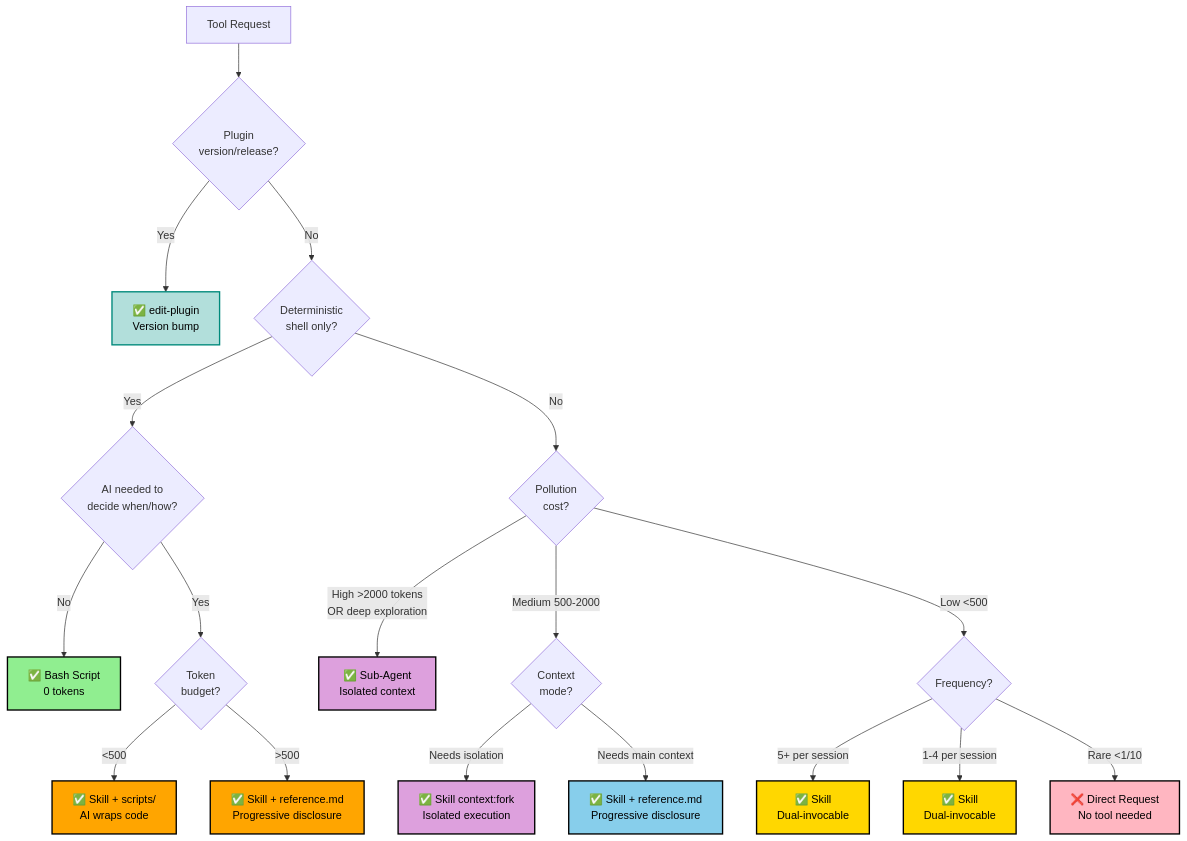
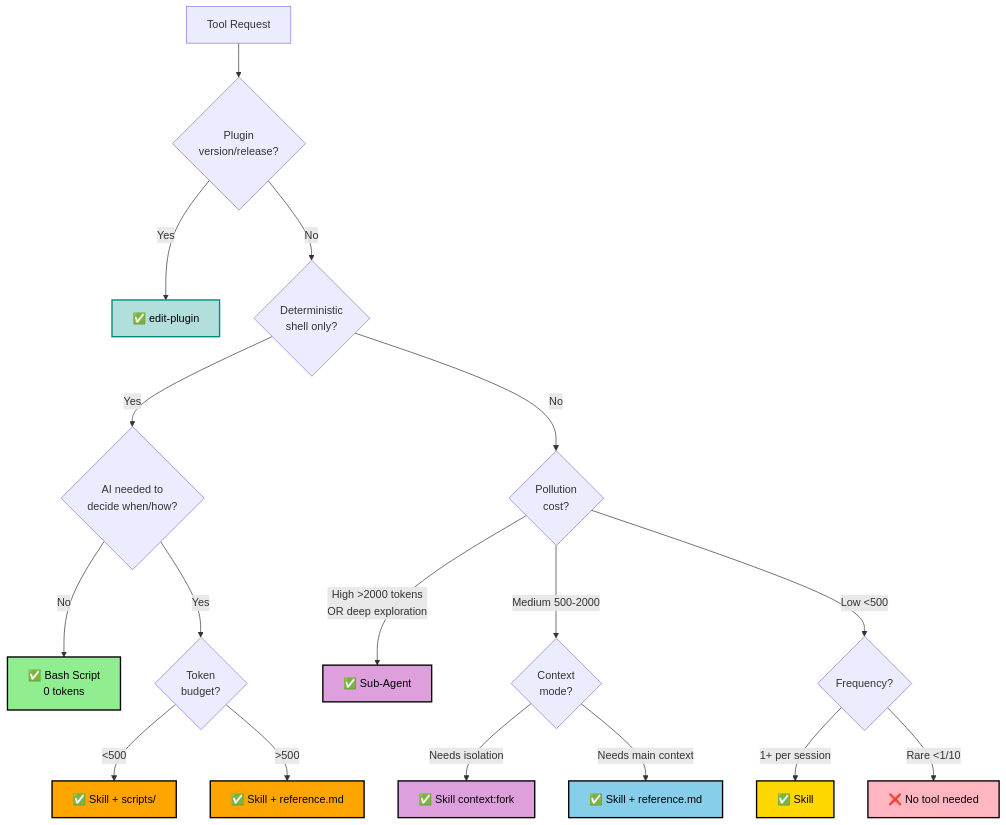
The diagram in dstoic/skills/edit-tool/SKILL.md (digital-stoic-org/agent-skills), drawn with Mermaid before and after one commit. The commit also changed other lines of this file and 13 other files, not shown here.

First line of the commit message:
feat(dstoic): Remove edit-skill/edit-agent skills, consolidate into edit-tool

````diff
--- a/dstoic/skills/edit-tool/SKILL.md
+++ b/dstoic/skills/edit-tool/SKILL.md
@@ -20,33 +16,31 @@
 ```mermaid
 graph TD
     A[Tool Request] --> AA{Plugin<br/>version/release?}
-    AA -->|Yes| PLUGIN[✅ edit-plugin<br/>Version bump]
+    AA -->|Yes| PLUGIN[✅ edit-plugin]
     AA -->|No| B{Deterministic<br/>shell only?}
     B -->|Yes| C{AI needed to<br/>decide when/how?}
     C -->|No| BASH[✅ Bash Script<br/>0 tokens]
     C -->|Yes| D{Token<br/>budget?}
-    D -->|<500| WRAP[✅ Skill + scripts/<br/>AI wraps code]
-    D -->|>500| SKILL_REF[✅ Skill + reference.md<br/>Progressive disclosure]
+    D -->|<500| WRAP[✅ Skill + scripts/]
+    D -->|>500| SKILL_REF[✅ Skill + reference.md]
 
     B -->|No| E{Pollution<br/>cost?}
-    E -->|High >2000 tokens<br/>OR deep exploration| AGENT[✅ Sub-Agent<br/>Isolated context]
+    E -->|High >2000 tokens<br/>OR deep exploration| AGENT[✅ Sub-Agent]
     E -->|Medium 500-2000| F{Context<br/>mode?}
-    F -->|Needs isolation| FORK[✅ Skill context:fork<br/>Isolated execution]
-    F -->|Needs main context| SKILL_BIG[✅ Skill + reference.md<br/>Progressive disclosure]
+    F -->|Needs isolation| FORK[✅ Skill context:fork]
+    F -->|Needs main context| SKILL_BIG[✅ Skill + reference.md]
 
     E -->|Low <500| G{Frequency?}
-    G -->|5+ per session| SKILL[✅ Skill<br/>Dual-invocable]
-    G -->|1-4 per session| SKILL_USER[✅ Skill<br/>Dual-invocable]
-    G -->|Rare <1/10| DIRECT[❌ Direct Request<br/>No tool needed]
+    G -->|1+ per session| SKILL[✅ Skill]
+    G -->|Rare <1/10| DIRECT[❌ No tool needed]
 
     style PLUGIN fill:#B2DFDB,stroke:#00897B,stroke-width:2px,color:#000
     style BASH fill:#90EE90,stroke:#000,stroke-width:2px,color:#000
     style SKILL fill:#FFD700,stroke:#000,stroke-width:2px,color:#000
-    style SKILL_USER fill:#FFD700,stroke:#000,stroke-width:2px,color:#000
     style WRAP fill:#FFA500,stroke:#000,stroke-width:2px,color:#000
     style SKILL_REF fill:#FFA500,stroke:#000,stroke-width:2px,color:#000
     style SKILL_BIG fill:#87CEEB,stroke:#000,stroke-width:2px,color:#000
     style FORK fill:#DDA0DD,stroke:#000,stroke-width:2px,color:#000
     style AGENT fill:#DDA0DD,stroke:#000,stroke-width:2px,color:#000
     style DIRECT fill:#FFB6C1,stroke:#000,stroke-width:2px,color:#000
 ```
````
